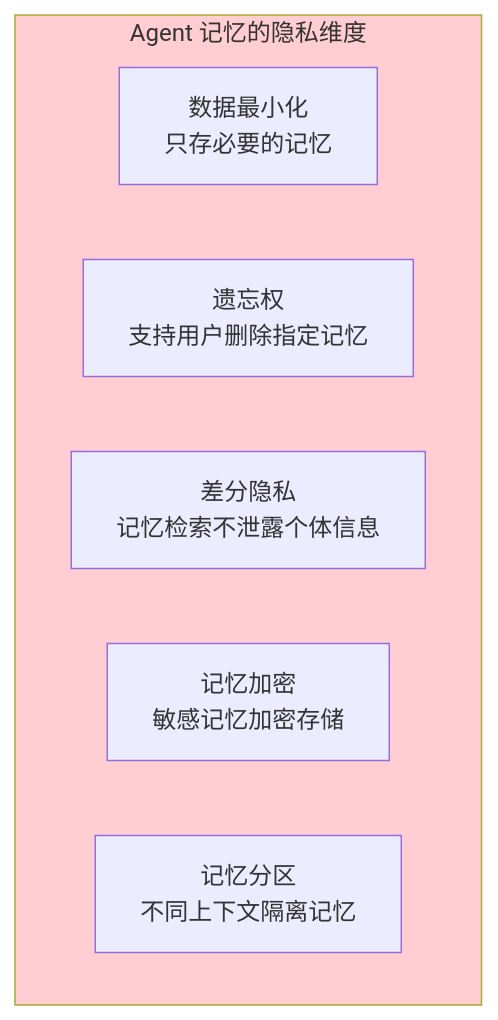
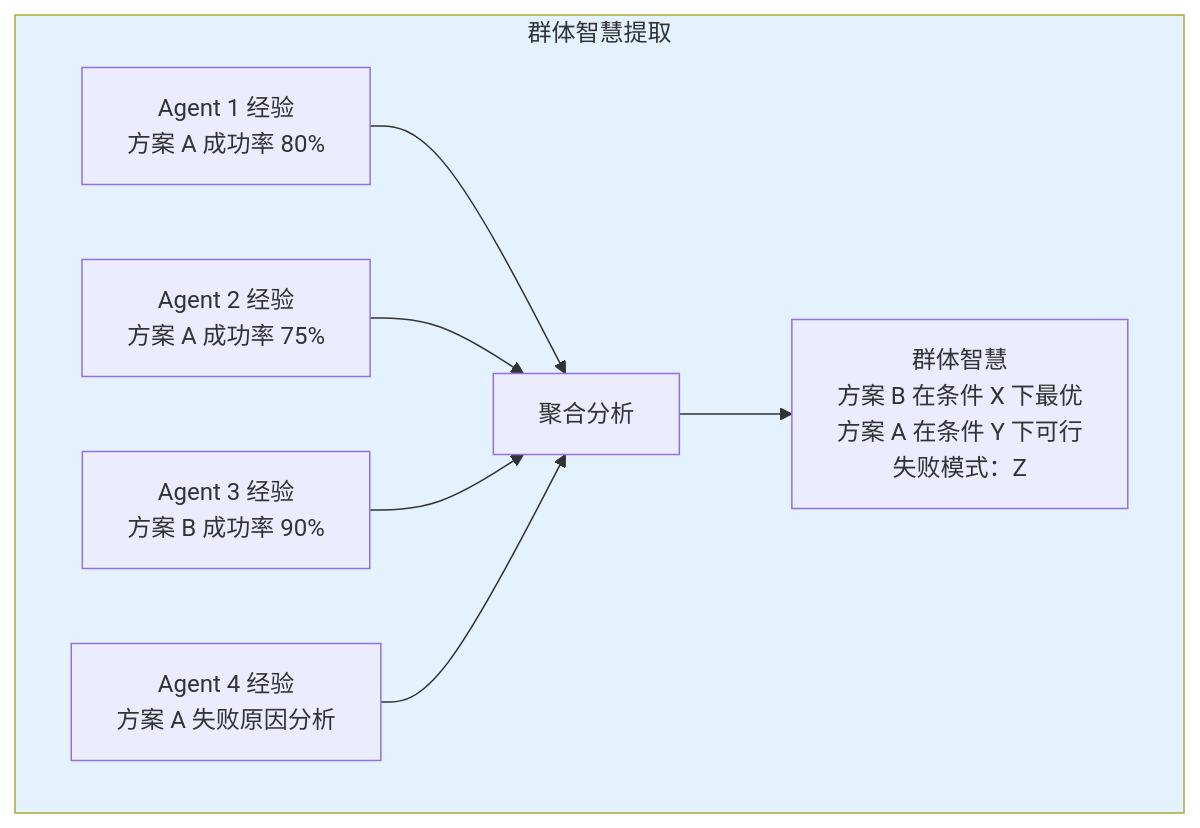
Before and after one commit to UranusGit/java-agent-learn: diagram 16 of 20 in docs/前沿/05-Agent记忆前沿.md, drawn with Mermaid. The commit also changed other lines of this file and 15 other files, not shown here.

````diff
--- a/docs/前沿/05-Agent记忆前沿.md
+++ b/docs/前沿/05-Agent记忆前沿.md
@@ -295,12 +647,20 @@
 ```mermaid
 graph TB
-    subgraph 隐私维度["Agent 记忆的隐私维度"]
-        P1["数据最小化<br/>只存必要的记忆"]
-        P2["遗忘权<br/>支持用户删除指定记忆"]
-        P3["差分隐私<br/>记忆检索不泄露个体信息"]
-        P4["记忆加密<br/>敏感记忆加密存储"]
-        P5["记忆分区<br/>不同上下文隔离记忆"]
+    subgraph 群体["群体智慧提取"]
+        IND1["Agent 1 经验<br/>方案 A 成功率 80%"]
+        IND2["Agent 2 经验<br/>方案 A 成功率 75%"]
+        IND3["Agent 3 经验<br/>方案 B 成功率 90%"]
+        IND4["Agent 4 经验<br/>方案 A 失败原因分析"]
+
+        AGG["聚合分析"]
+        WISDOM["群体智慧<br/>方案 B 在条件 X 下最优<br/>方案 A 在条件 Y 下可行<br/>失败模式：Z"]
     end
 
-    style 隐私维度 fill:#ffcdd2
+    IND1 --> AGG
+    IND2 --> AGG
+    IND3 --> AGG
+    IND4 --> AGG
+    AGG --> WISDOM
+
+    style 群体 fill:#e3f2fd
 ```
````
